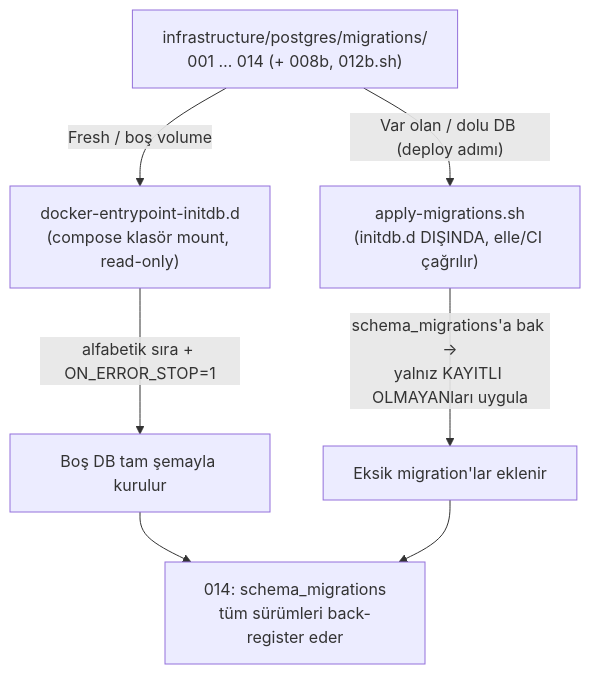
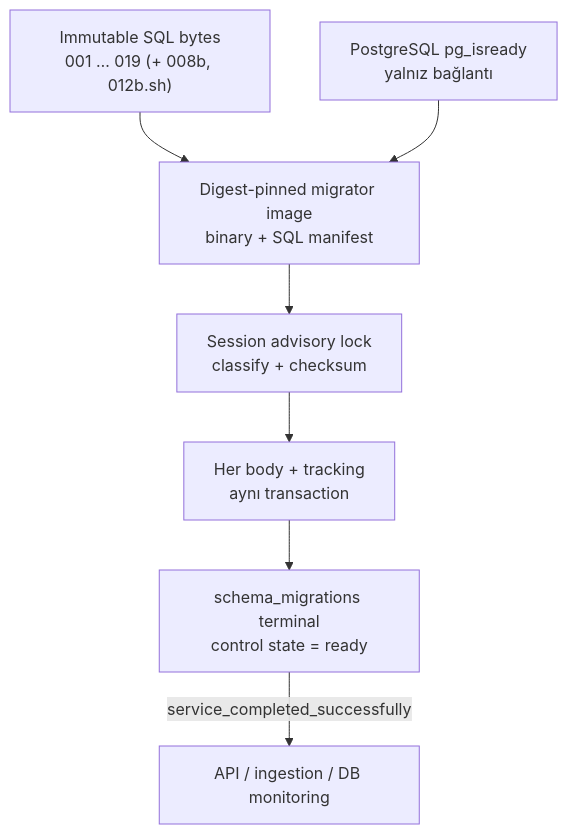
Before and after one commit to cemililik/Saydin.Services: the diagram in docs/architecture/database-schema.md, drawn with Mermaid. The commit also changed other lines of this file and 827 other files, not shown here.

````diff
--- a/docs/architecture/database-schema.md
+++ b/docs/architecture/database-schema.md
@@ -46,12 +46,15 @@
 ```mermaid
 flowchart TD
-    SQL["infrastructure/postgres/migrations/<br/>001 … 014 (+ 008b, 012b.sh)"]
+    SQL["Immutable SQL bytes<br/>001 … 019 (+ 008b, 012b.sh)"]
+    IMAGE["Digest-pinned migrator image<br/>binary + SQL manifest"]
+    PG["PostgreSQL pg_isready<br/>yalnız bağlantı"]
+    LOCK["Session advisory lock<br/>classify + checksum"]
+    TX["Her body + tracking<br/>aynı transaction"]
+    READY["schema_migrations terminal<br/>control state = ready"]
+    APPS["API / ingestion / DB monitoring"]
 
-    SQL -->|"Fresh / boş volume"| INIT["docker-entrypoint-initdb.d<br/>(compose klasör mount, read-only)"]
-    INIT -->|"alfabetik sıra + ON_ERROR_STOP=1"| FRESHDB["Boş DB tam şemayla kurulur"]
-    FRESHDB --> TRACK["014: schema_migrations<br/>tüm sürümleri back-register eder"]
-
-    SQL -->|"Var olan / dolu DB (deploy adımı)"| RUNNER["apply-migrations.sh<br/>(initdb.d DIŞINDA, elle/CI çağrılır)"]
-    RUNNER -->|"schema_migrations'a bak →<br/>yalnız KAYITLI OLMAYANları uygula"| EXISTDB["Eksik migration'lar eklenir"]
-    EXISTDB --> TRACK
+    SQL --> IMAGE
+    PG --> IMAGE
+    IMAGE --> LOCK --> TX --> READY
+    READY -->|"service_completed_successfully"| APPS
 ```
````
